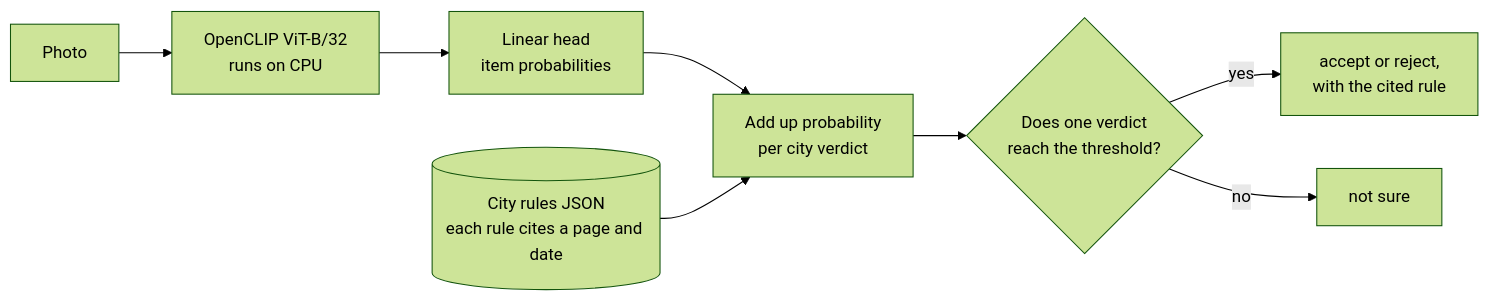
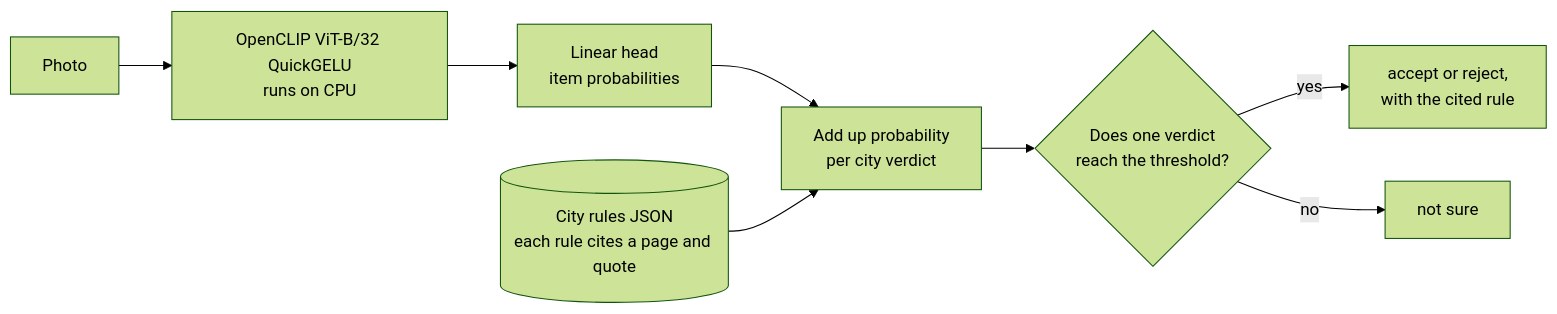
Before and after one commit to Jean-Regis-M/curbcheck: the diagram in README.md, drawn with Mermaid (forest theme). The commit also changed other lines of this file and 30 other files, not shown here.

Commit message:
Fix QuickGELU encoder, add Boston and San Francisco, harden API, report counts and precision, rewrite docs and README after independent review

````diff
--- a/README.md
+++ b/README.md
@@ -86,10 +113,10 @@
 ```mermaid
 flowchart LR
-  A[Photo] --> B[OpenCLIP ViT-B/32<br/>runs on CPU]
+  A[Photo] --> B[OpenCLIP ViT-B/32 QuickGELU<br/>runs on CPU]
   B --> C[Linear head<br/>item probabilities]
   C --> D[Add up probability<br/>per city verdict]
-  R[(City rules JSON<br/>each rule cites a page and date)] --> D
+  R[(City rules JSON<br/>each rule cites a page and quote)] --> D
   D --> E{Does one verdict<br/>reach the threshold?}
   E -- yes --> F[accept or reject,<br/>with the cited rule]
   E -- no --> G[not sure]
 ```
````
